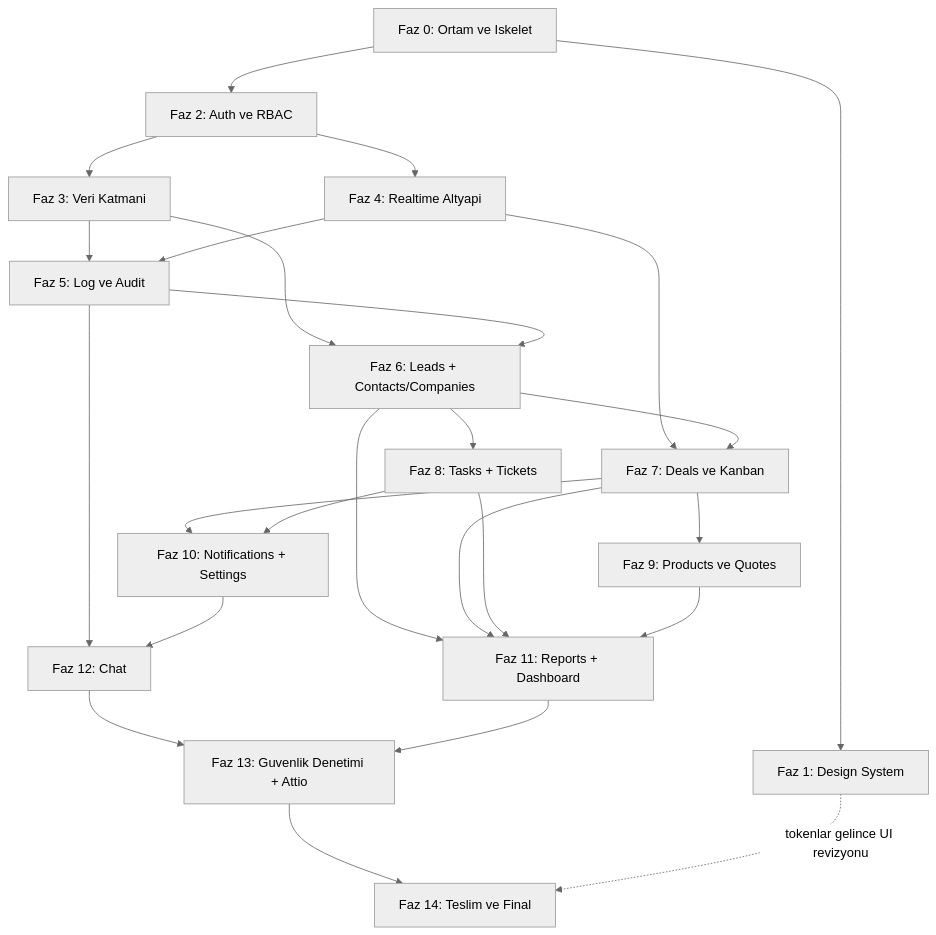
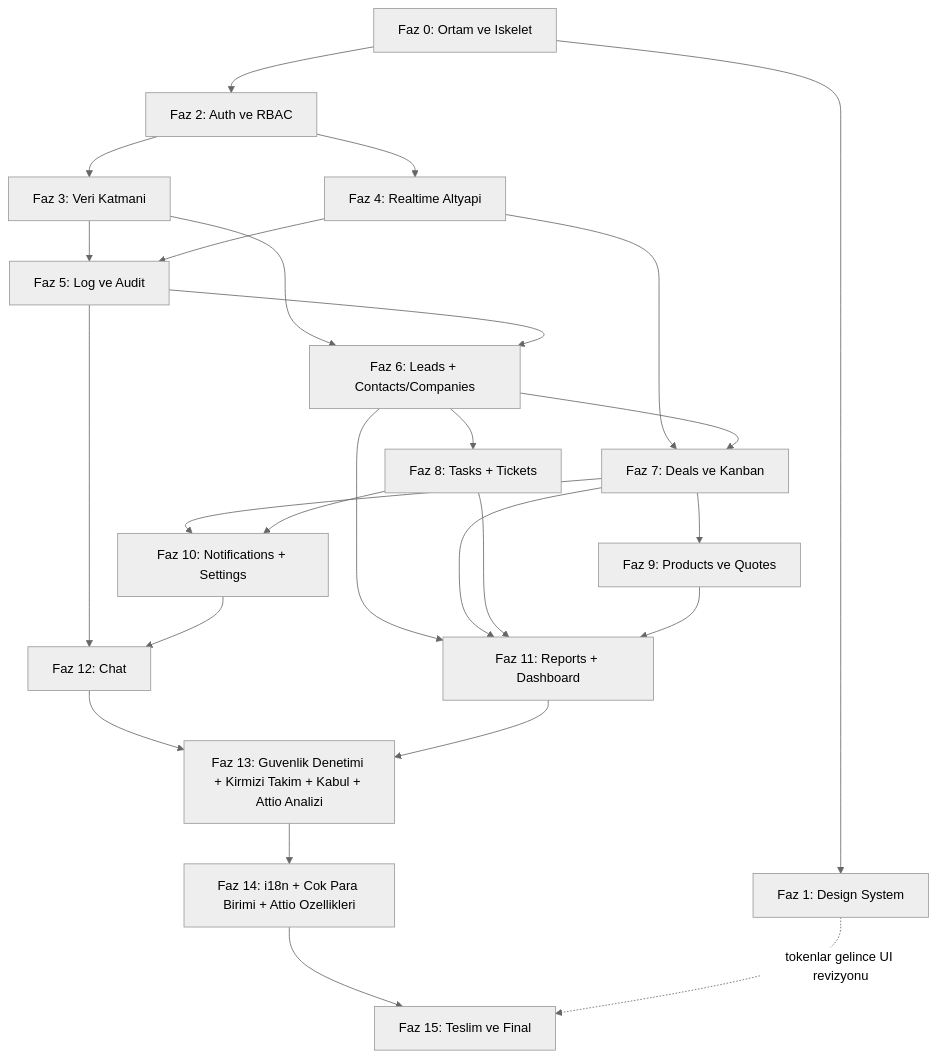
The diagram in docs/ROADMAP.md (ayberkaarda/SIGMA-CRM), drawn with Mermaid (neutral theme) before and after one commit. The commit also changed other lines of this file and 94 other files, not shown here.

````diff
--- a/docs/ROADMAP.md
+++ b/docs/ROADMAP.md
@@ -272,27 +279,28 @@
 ```mermaid
 graph TD
     F0["Faz 0: Ortam ve Iskelet"] --> F1["Faz 1: Design System"]
     F0 --> F2["Faz 2: Auth ve RBAC"]
     F2 --> F3["Faz 3: Veri Katmani"]
     F2 --> F4["Faz 4: Realtime Altyapi"]
     F3 --> F5["Faz 5: Log ve Audit"]
     F4 --> F5
     F3 --> F6["Faz 6: Leads + Contacts/Companies"]
     F5 --> F6
     F4 --> F7["Faz 7: Deals ve Kanban"]
     F6 --> F7
     F6 --> F8["Faz 8: Tasks + Tickets"]
     F7 --> F9["Faz 9: Products ve Quotes"]
     F7 --> F10["Faz 10: Notifications + Settings"]
     F8 --> F10
     F6 --> F11["Faz 11: Reports + Dashboard"]
     F7 --> F11
     F8 --> F11
     F9 --> F11
     F5 --> F12["Faz 12: Chat"]
     F10 --> F12
-    F12 --> F13["Faz 13: Guvenlik Denetimi + Attio"]
+    F12 --> F13["Faz 13: Guvenlik Denetimi + Kirmizi Takim + Kabul + Attio Analizi"]
     F11 --> F13
-    F13 --> F14["Faz 14: Teslim ve Final"]
-    F1 -.tokenlar gelince UI revizyonu.-> F14
+    F13 --> F14["Faz 14: i18n + Cok Para Birimi + Attio Ozellikleri"]
+    F14 --> F15["Faz 15: Teslim ve Final"]
+    F1 -.tokenlar gelince UI revizyonu.-> F15
 ```
````
